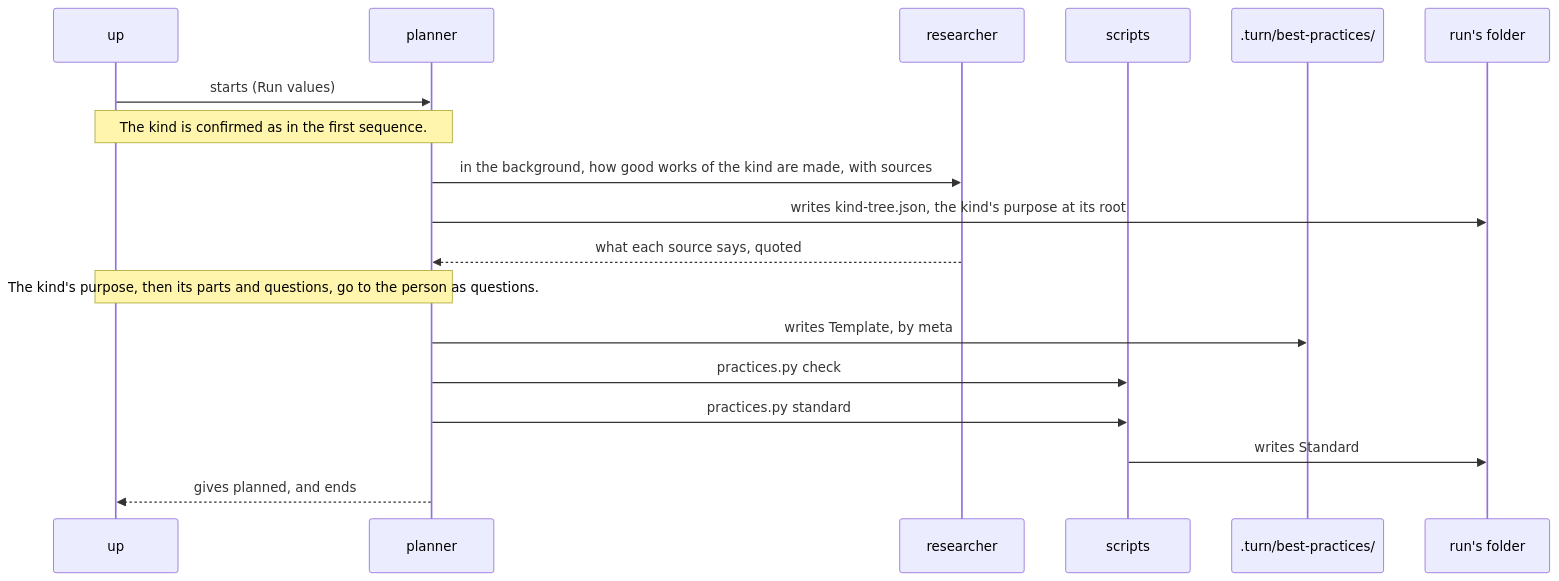
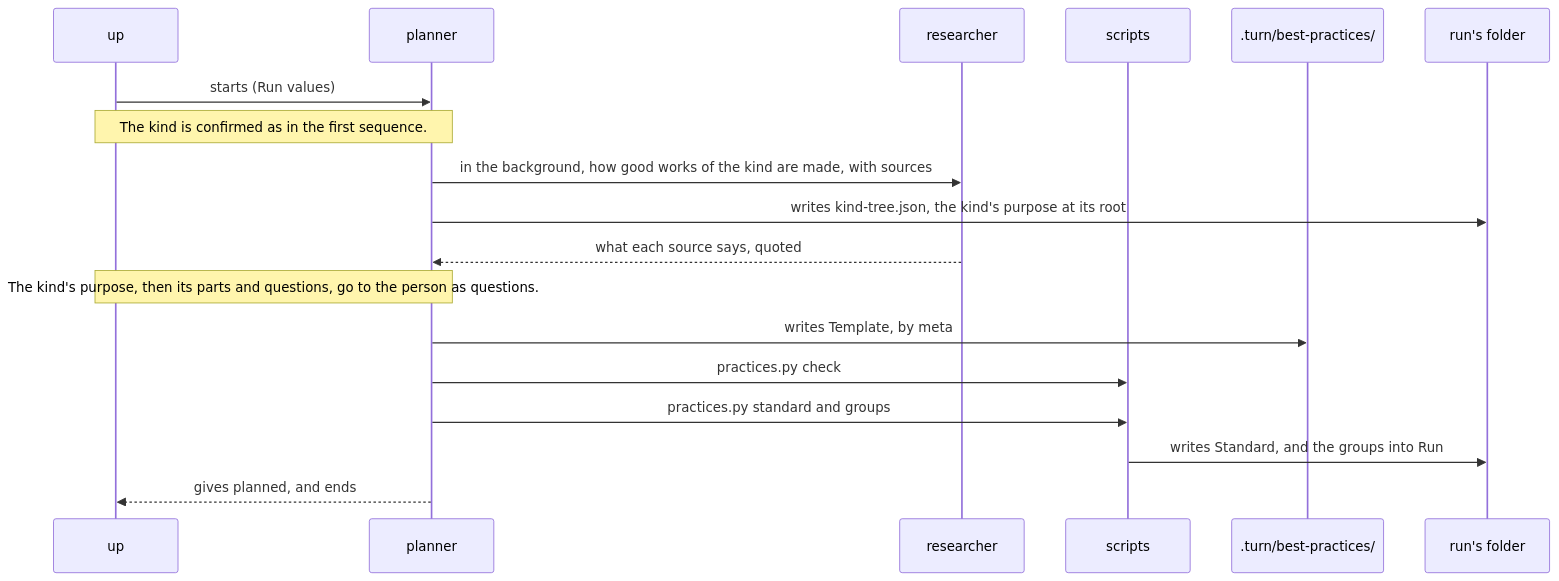
Before and after one commit to lovaizu/ccpm: the fifth of 7 diagrams in dev/turn/architecture.md, drawn with Mermaid. The commit also changed other lines of this file and 1 other file, not shown here.

````diff
--- a/dev/turn/architecture.md
+++ b/dev/turn/architecture.md
@@ -436,20 +449,20 @@
 ```mermaid
 sequenceDiagram
   participant U as up
   participant PL as planner
   participant RS as researcher
   participant S as scripts
   participant T as .turn/best-practices/
   participant F as run's folder
   U->>PL: starts (Run values)
   Note over U,PL: The kind is confirmed as in the first sequence.
   PL->>RS: in the background, how good works of the kind are made, with sources
   PL->>F: writes kind-tree.json, the kind's purpose at its root
   RS-->>PL: what each source says, quoted
   Note over U,PL: The kind's purpose, then its parts and questions, go to the person as questions.
   PL->>T: writes Template, by meta
   PL->>S: practices.py check
-  PL->>S: practices.py standard
-  S->>F: writes Standard
+  PL->>S: practices.py standard and groups
+  S->>F: writes Standard, and the groups into Run
   PL-->>U: gives planned, and ends
 ```
````
